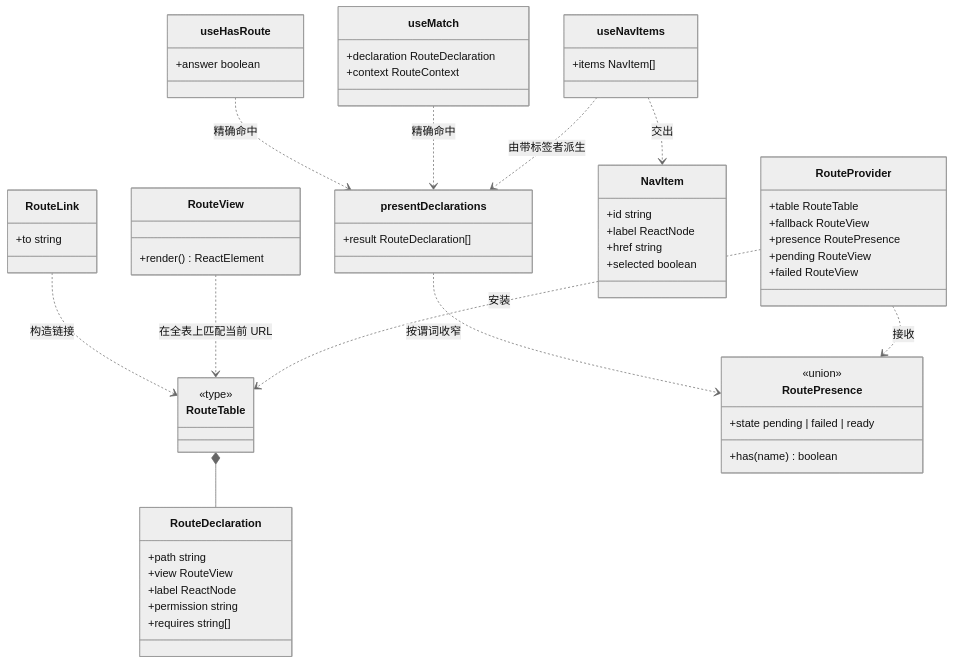
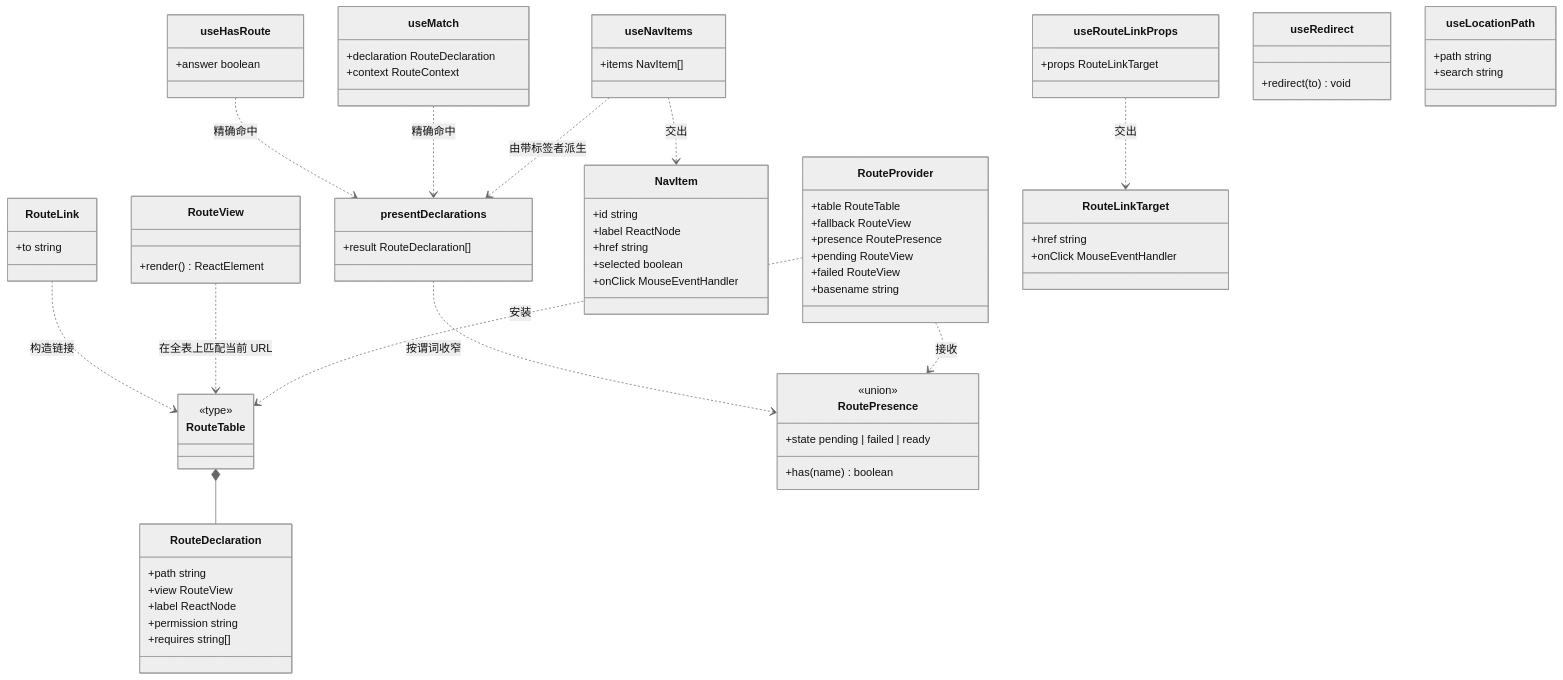
The first of 2 diagrams in docs/design/modules/web/design-web-route-kit.md (wangzw/speed), drawn with Mermaid (neutral theme) before and after one commit. The commit also changed other lines of this file and 16 other files, not shown here.

First line of the commit message:
feat(route-kit): navigate in place on a plain click and expose redirect and location

````diff
--- a/docs/design/modules/web/design-web-route-kit.md
+++ b/docs/design/modules/web/design-web-route-kit.md
@@ -150,60 +177,77 @@
 ```mermaid
 classDiagram
     class RouteDeclaration {
         +path string
         +view RouteView
         +label ReactNode
         +permission string
         +requires string[]
     }
     class RouteTable {
         <<type>>
     }
     class RoutePresence {
         <<union>>
         +state pending | failed | ready
         +has(name) boolean
     }
     class RouteProvider {
         +table RouteTable
         +fallback RouteView
         +presence RoutePresence
         +pending RouteView
         +failed RouteView
+        +basename string
     }
     class RouteView {
         +render() ReactElement
     }
     class presentDeclarations {
         +result RouteDeclaration[]
     }
     class useNavItems {
         +items NavItem[]
     }
     class useMatch {
         +declaration RouteDeclaration
         +context RouteContext
     }
     class useHasRoute {
         +answer boolean
     }
     class NavItem {
         +id string
         +label ReactNode
         +href string
         +selected boolean
+        +onClick MouseEventHandler
     }
     class RouteLink {
         +to string
+    }
+    class RouteLinkTarget {
+        +href string
+        +onClick MouseEventHandler
+    }
+    class useRouteLinkProps {
+        +props RouteLinkTarget
+    }
+    class useRedirect {
+        +redirect (to) void
+    }
+    class useLocationPath {
+        +path string
+        +search string
     }
     RouteTable *-- RouteDeclaration
     RouteProvider ..> RouteTable : 安装
     RouteProvider ..> RoutePresence : 接收
     RouteView ..> RouteTable : 在全表上匹配当前 URL
     presentDeclarations ..> RoutePresence : 按谓词收窄
     useNavItems ..> presentDeclarations : 由带标签者派生
     useMatch ..> presentDeclarations : 精确命中
     useHasRoute ..> presentDeclarations : 精确命中
     useNavItems ..> NavItem : 交出
+    useRouteLinkProps ..> RouteLinkTarget : 交出
     RouteLink ..> RouteTable : 构造链接
 ```
````
